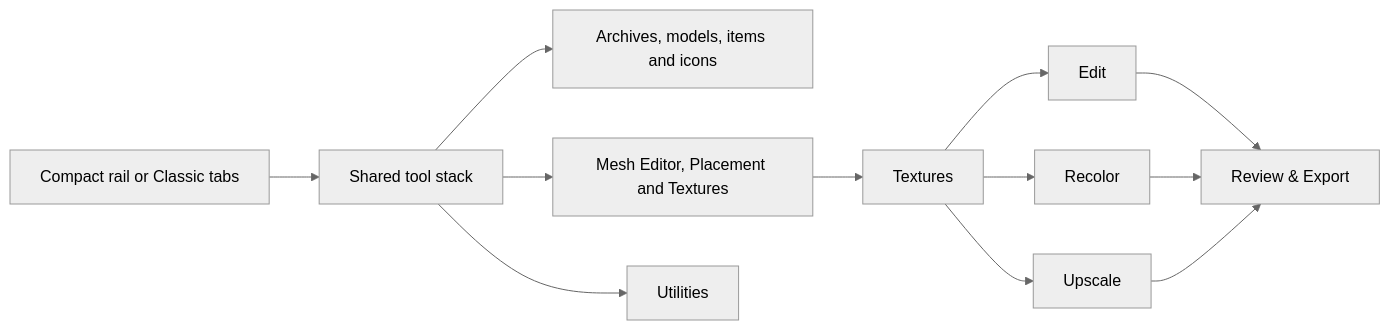
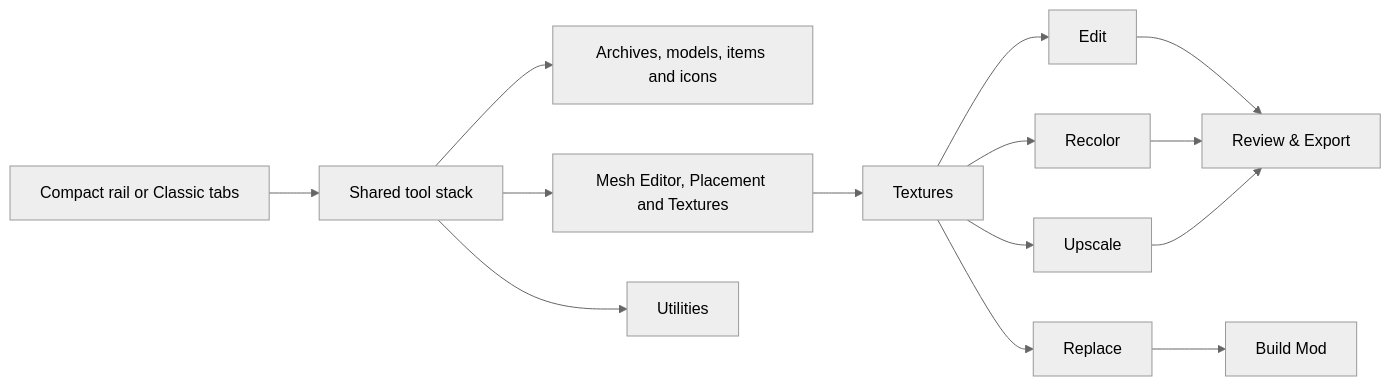
The first of 4 diagrams in README.md (Ratty123/CDMW-Full), drawn with Mermaid (neutral theme) before and after one commit. The commit also changed other lines of this file and 4 other files, not shown here.

````diff
--- a/README.md
+++ b/README.md
@@ -65,12 +66,14 @@
 ```mermaid
 flowchart LR
     Navigation["Compact rail or Classic tabs"] --> Stack["Shared tool stack"]
     Stack --> Assets["Archives, models, items and icons"]
     Stack --> Authoring["Mesh Editor, Placement and Textures"]
     Authoring --> Textures
     Stack --> Utilities
     Textures --> Edit
+    Textures --> Replace
     Textures --> Recolor
     Textures --> Upscale
     Edit & Recolor & Upscale --> Review["Review & Export"]
+    Replace --> Package["Build Mod"]
 ```
````
